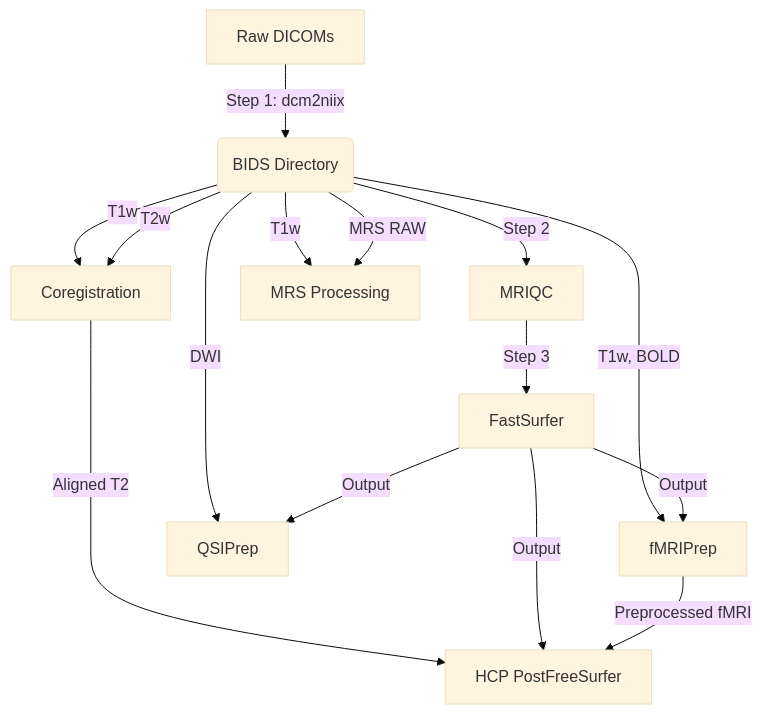
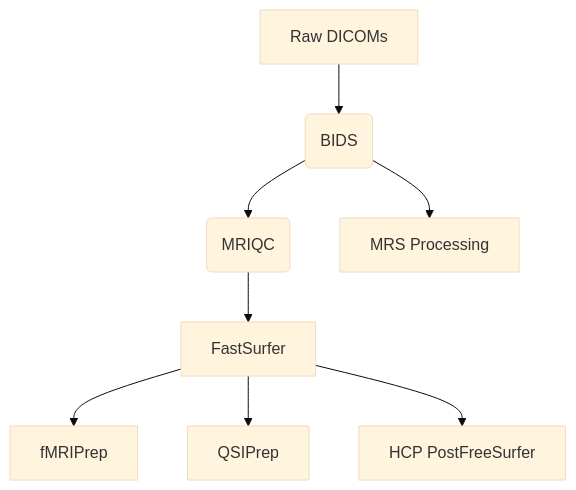
The diagram in README.md (Daniel-Halls/mindquad), drawn with Mermaid (base theme) before and after one commit. The commit also changed other lines of this file, not shown here.

````diff
--- a/README.md
+++ b/README.md
@@ -9,22 +9,10 @@
 ```mermaid
 graph TD
-    A[Raw DICOMs] -->|Step 1: dcm2niix| B(BIDS Directory)
-    B -->|Step 2| C[MRIQC]
-    C -->|Step 3| D[FastSurfer]
-    
-    D -->|Output| E[fMRIPrep]
-    B -->|T1w, BOLD| E
-    
-    D -->|Output| F[QSIPrep]
-    B -->|DWI| F
-    
-    B -->|T2w| G[Coregistration]
-    B -->|T1w| G
-    
-    E -->|Preprocessed fMRI| H[HCP PostFreeSurfer]
-    D -->|Output| H
-    G -->|Aligned T2| H
-    
-    B -->|MRS RAW| I[MRS Processing]
-    B -->|T1w| I
+    A[Raw DICOMs] --> B(BIDS)
+    B -->C(MRIQC)
+    B --> H[MRS Processing]
+    C -->D[FastSurfer]
+    D -->E[fMRIPrep]
+    D -->F[QSIPrep]    
+    D --> G[HCP PostFreeSurfer]
 ```
````
